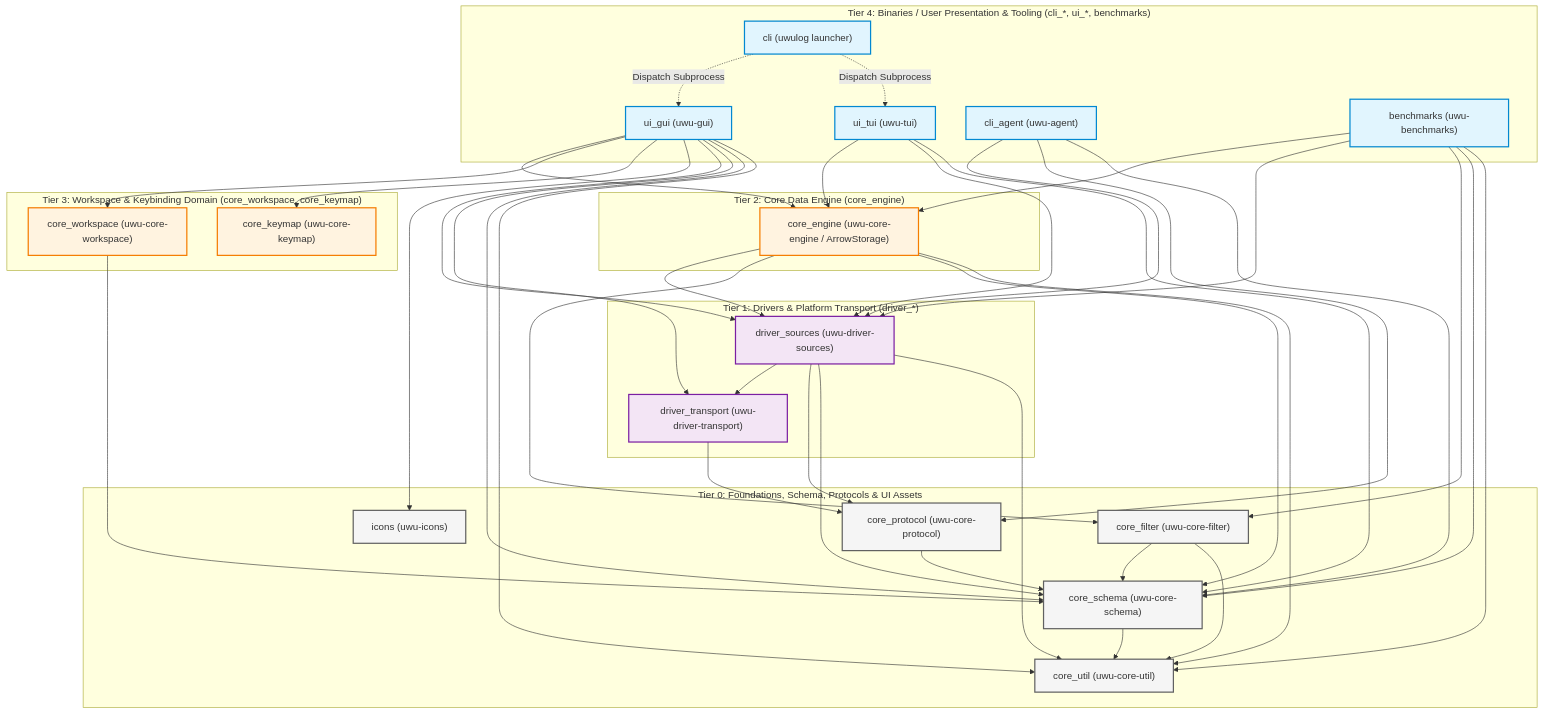
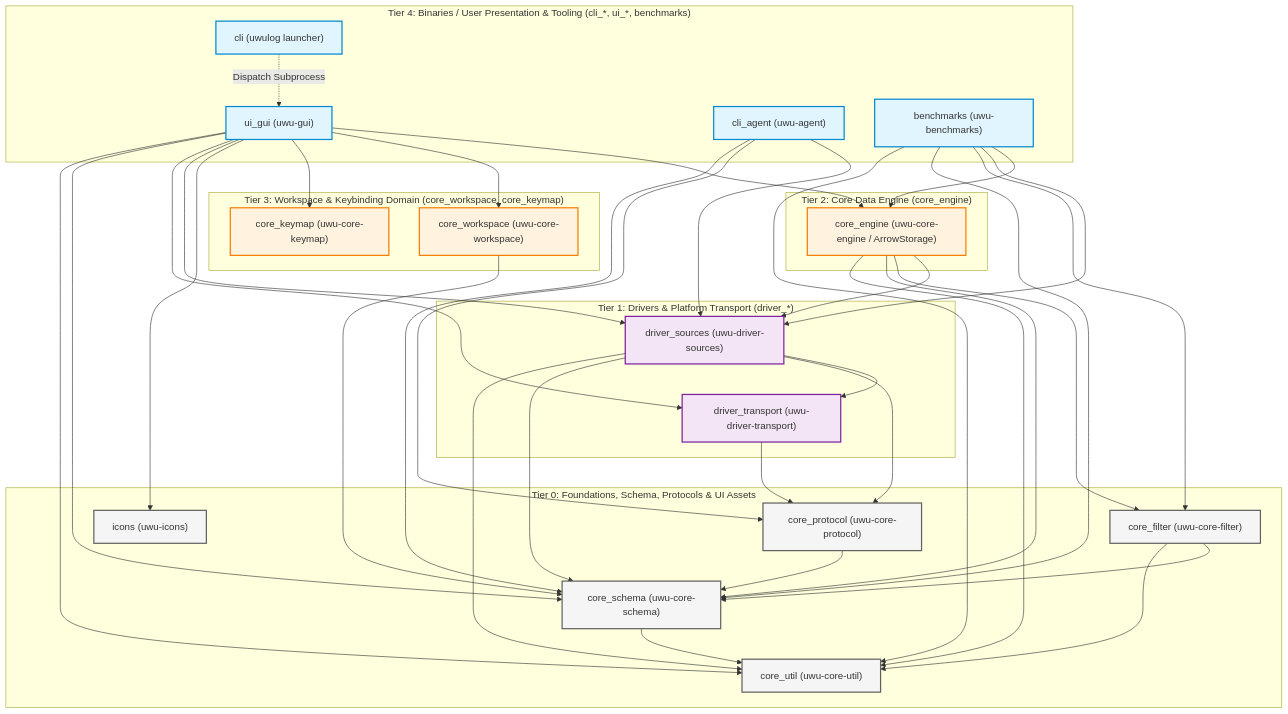
One commit to gavuhop/uwulog-rust changed the first of 2 diagrams in archi.md. Above: the diagram before and after it, drawn with Mermaid. The commit also changed other lines of this file and 28 other files, not shown here.

```diff
--- a/archi.md
+++ b/archi.md
@@ -19,7 +19,6 @@
     subgraph T4 ["Tier 4: Binaries / User Presentation & Tooling (cli_*, ui_*, benchmarks)"]
         CLI["cli (uwulog launcher)"]:::app
         GUI["ui_gui (uwu-gui)"]:::app
-        TUI["ui_tui (uwu-tui)"]:::app
         Agent["cli_agent (uwu-agent)"]:::app
         Bench["benchmarks (uwu-benchmarks)"]:::app
     end
@@ -52,7 +51,6 @@
 
     %% Edge connections
     CLI -.->|Dispatch Subprocess| GUI
-    CLI -.->|Dispatch Subprocess| TUI
 
     GUI --> CoreEngine
     GUI --> CoreWorkspace
@@ -62,10 +60,6 @@
     GUI --> DriverTransport
     GUI --> CoreSchema
     GUI --> CoreUtil
-
-    TUI --> CoreEngine
-    TUI --> DriverSources
-    TUI --> CoreSchema
 
     Agent --> DriverSources
     Agent --> CoreProtocol
```
